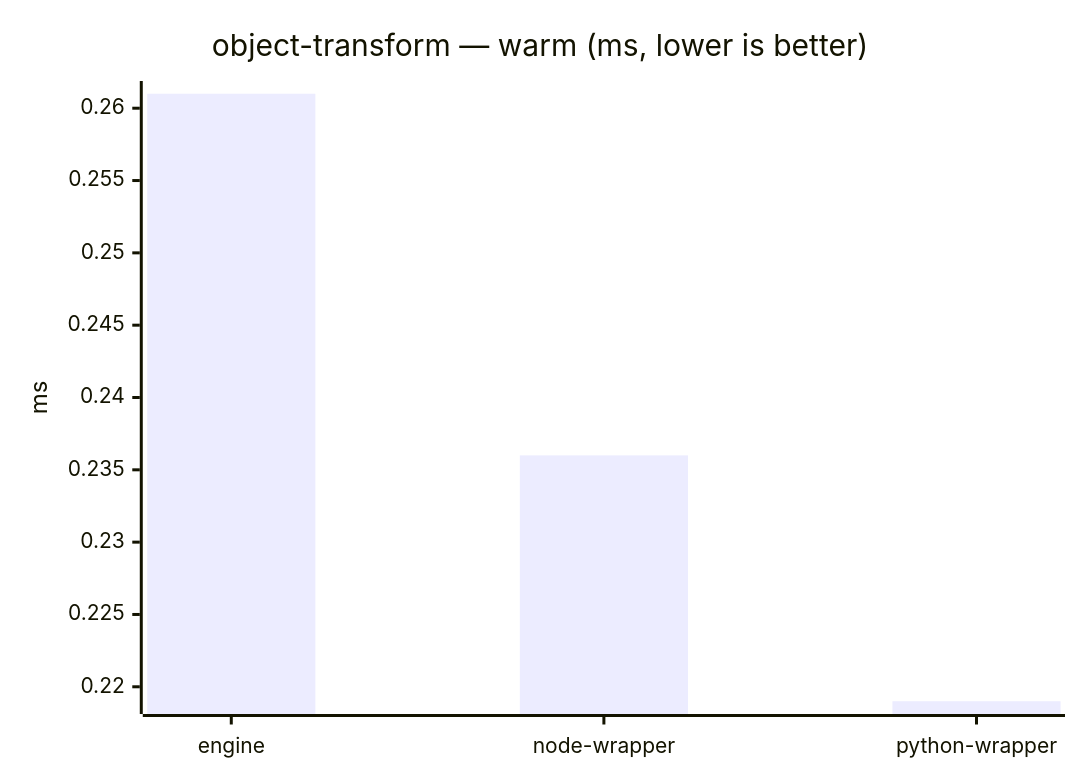
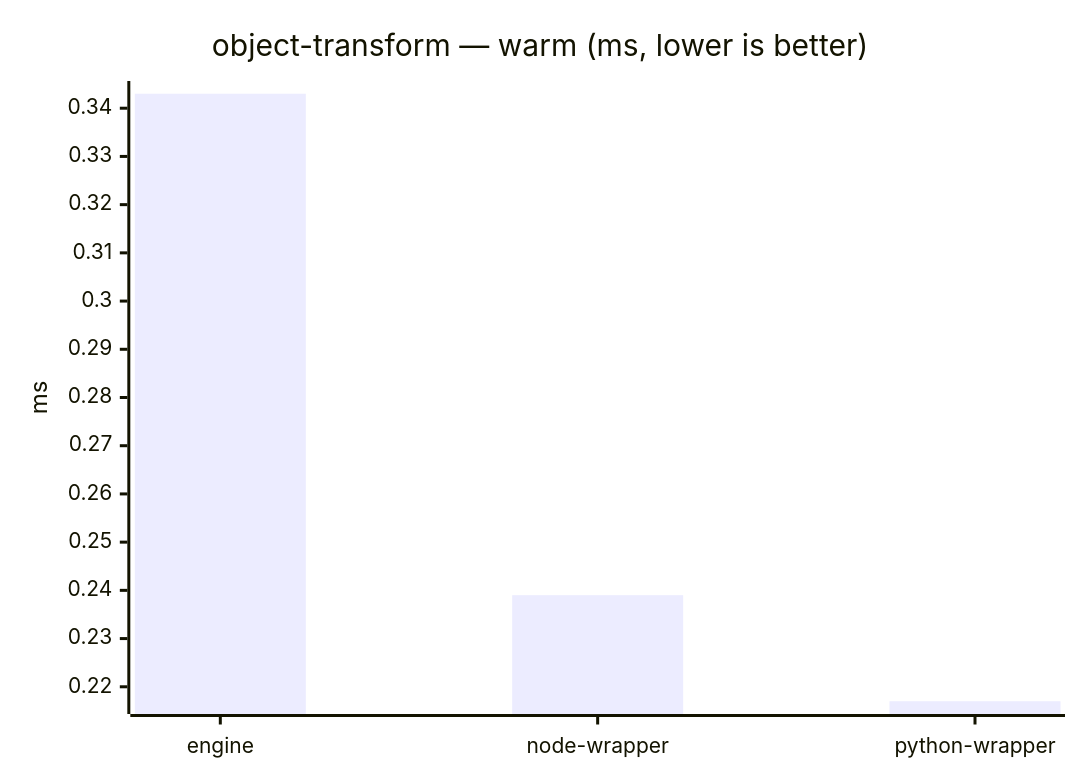
One commit to mulesoft/data-weave-cli changed the fifth of 23 diagrams in benchmarks/report/RESULTS.md. Above: the diagram before and after it, drawn with Mermaid. The commit also changed other lines of this file, not shown here.

````diff
--- a/benchmarks/report/RESULTS.md
+++ b/benchmarks/report/RESULTS.md
@@ -80,7 +80,7 @@
 ```mermaid
 xychart-beta
     title "object-transform — warm (ms, lower is better)"
     x-axis ["engine", "node-wrapper", "python-wrapper"]
     y-axis "ms"
-    bar [0.261, 0.236, 0.219]
+    bar [0.343, 0.239, 0.217]
 ```
````
